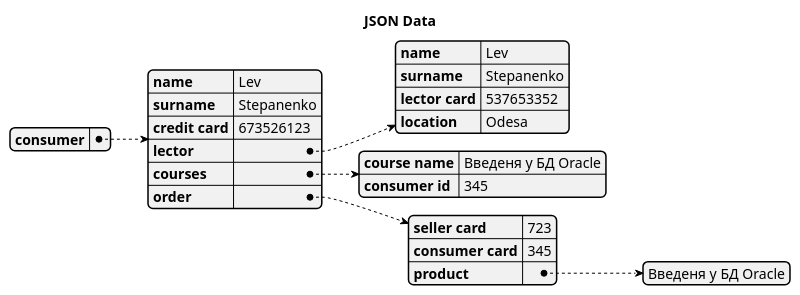
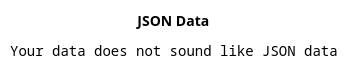
One commit to oleksandrblazhko/ai201-stepanenko changed the diagram in 2-SoftwareDesign/2.7-PlantUML/DataModel.puml. Above: the diagram before and after it, drawn with PlantUML.

```diff
--- a/2-SoftwareDesign/2.7-PlantUML/DataModel.puml
+++ b/2-SoftwareDesign/2.7-PlantUML/DataModel.puml
@@ -1,26 +1,25 @@
 @startjson
 
 title JSON Data
 {
   "сonsumer": {
     "name": "Lev",
     "surname":"Stepanenko",
     "credit card":673526123,
     "lector": {
       	"name": "Lev",
     	"surname":"Stepanenko",
     	"lector card":537653352,
         "location": "Odesa"
     },
     "courses": {
       "сourse name": "Введеня у БД Oracle",
-      "consumer id": 345
     },
     "order": {
       "seller card": 723,
       "consumer card": 345,
       "product": [ "Введеня у БД Oracle"]
     }
   }
 }
 @endjson
```
